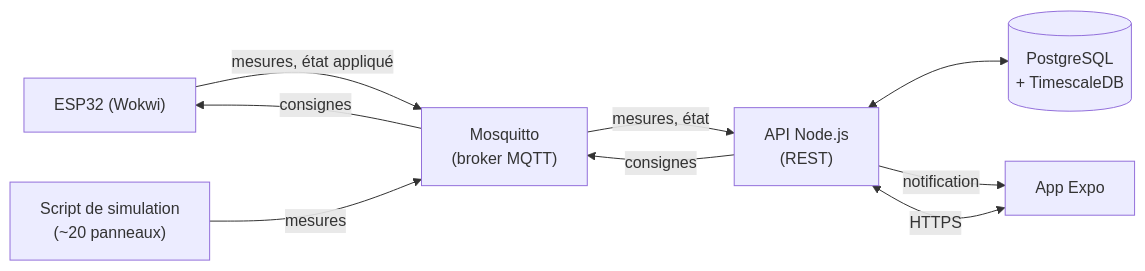
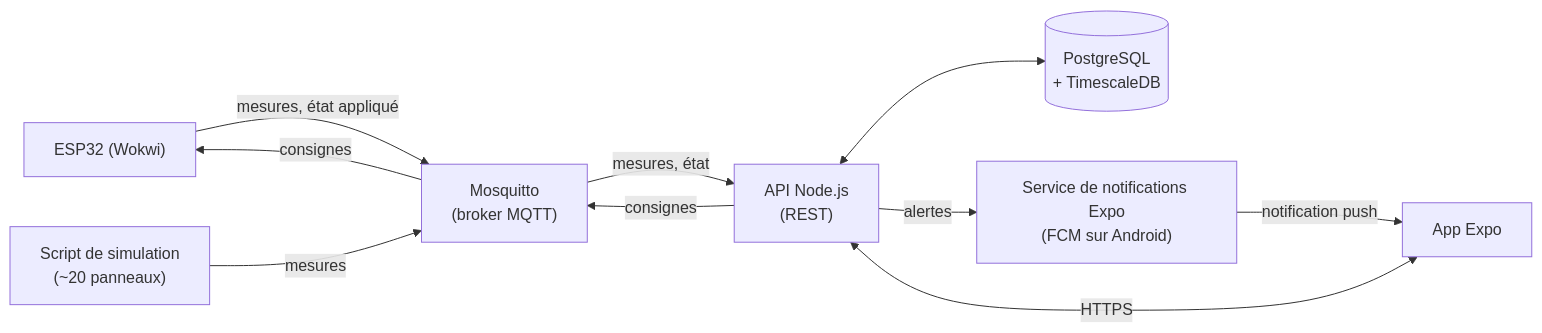
The diagram in docs/etude-faisabilite-parc-solaire.md (SamuelLnds/proj-app-mobile-co), drawn with Mermaid before and after one commit. The commit also changed other lines of this file and 5 other files, not shown here.

First line of the commit message:
docs(design): remplace ntfy par le push Expo et les notifications locales

````diff
--- a/docs/etude-faisabilite-parc-solaire.md
+++ b/docs/etude-faisabilite-parc-solaire.md
@@ -116,11 +116,12 @@
 ```mermaid
 flowchart LR
   ESP["ESP32 (Wokwi)"] -- "mesures, état appliqué" --> B["Mosquitto<br/>(broker MQTT)"]
   SIM["Script de simulation<br/>(~20 panneaux)"] -- "mesures" --> B
   B -- "mesures, état" --> API["API Node.js<br/>(REST)"]
   API -- "consignes" --> B
   B -- "consignes" --> ESP
   API <--> DB[("PostgreSQL<br/>+ TimescaleDB")]
   APP["App Expo"] <-- "HTTPS" --> API
-  API -- "notification" --> APP
+  API -- "alertes" --> X["Service de notifications Expo<br/>(FCM sur Android)"]
+  X -- "notification push" --> APP
 ```
````
